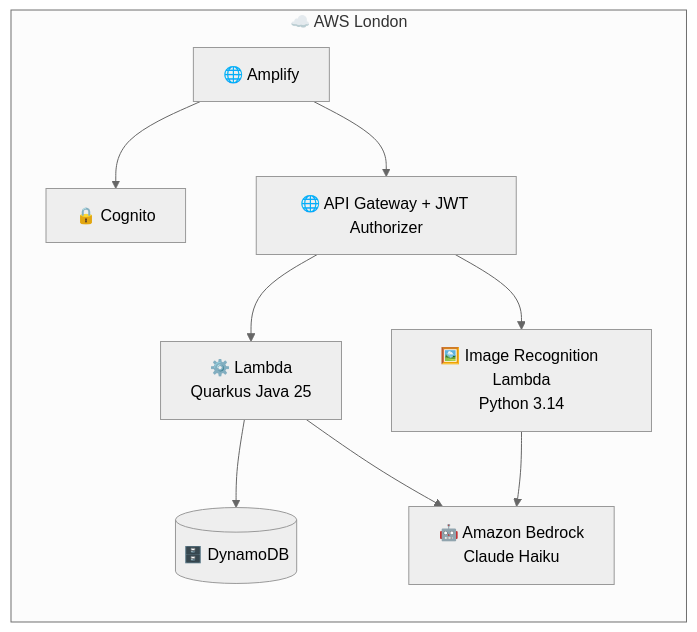
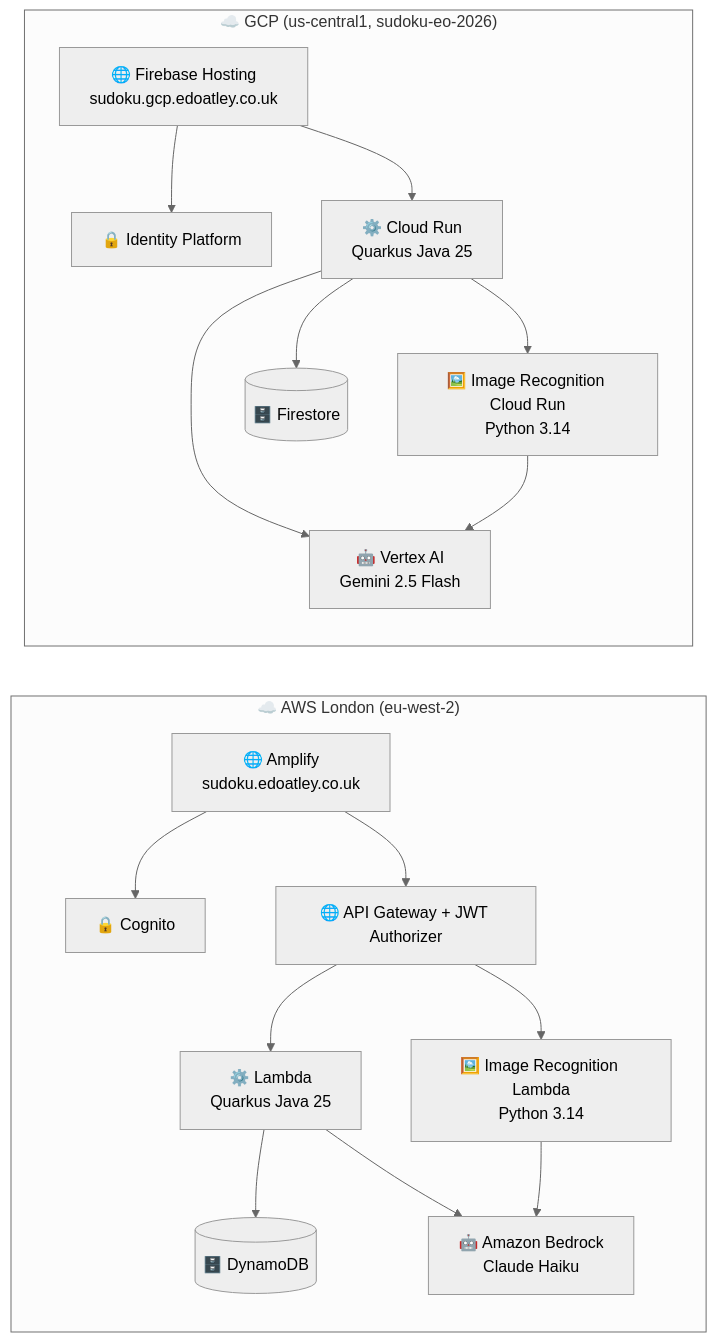
Before and after one commit to edoatley/sudoku-app: the diagram in README.md, drawn with Mermaid (neutral theme). The commit also changed other lines of this file and 1 other file, not shown here.

Commit message:
docs(readme): document dual-cloud architecture, environment URLs, and cloud-target switching

````diff
--- a/README.md
+++ b/README.md
@@ -27,20 +29,36 @@
 ```mermaid
 flowchart LR
-    subgraph aws["☁️ AWS London"]
-        amplify["🌐 Amplify"]
+    subgraph aws["☁️ AWS London (eu-west-2)"]
+        amplify["🌐 Amplify\nsudoku.edoatley.co.uk"]
         cognito["🔒 Cognito"]
         apigw["🌐 API Gateway + JWT Authorizer"]
         lambda["⚙️ Lambda\nQuarkus Java 25"]
         imgrec["🖼️ Image Recognition Lambda\nPython 3.14"]
         bedrock["🤖 Amazon Bedrock\nClaude Haiku"]
         dynamo[("🗄️ DynamoDB")]
     end
 
     amplify --> cognito
     amplify --> apigw
     apigw --> lambda
     apigw --> imgrec
     lambda --> dynamo
     lambda --> bedrock
     imgrec --> bedrock
+
+    subgraph gcp["☁️ GCP (us-central1, sudoku-eo-2026)"]
+        fb["🌐 Firebase Hosting\nsudoku.gcp.edoatley.co.uk"]
+        idp["🔒 Identity Platform"]
+        crun["⚙️ Cloud Run\nQuarkus Java 25"]
+        crun_ir["🖼️ Image Recognition Cloud Run\nPython 3.14"]
+        vertex["🤖 Vertex AI\nGemini 2.5 Flash"]
+        firestore[("🗄️ Firestore")]
+    end
+
+    fb --> idp
+    fb --> crun
+    crun --> crun_ir
+    crun --> firestore
+    crun --> vertex
+    crun_ir --> vertex
 ```
````
